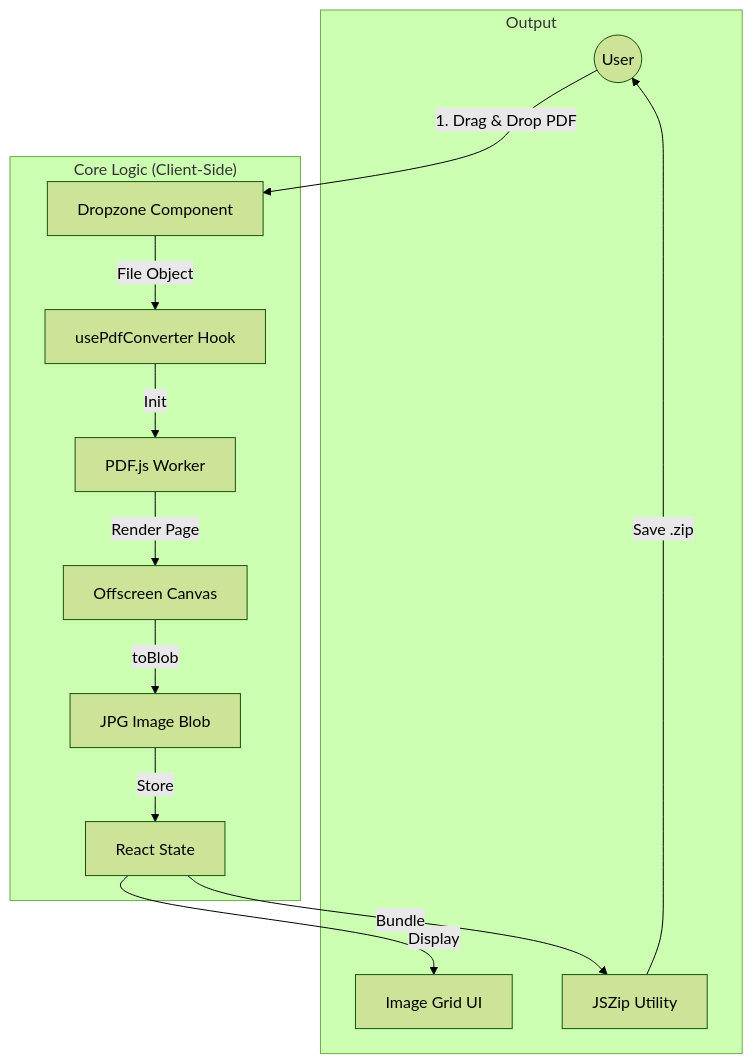
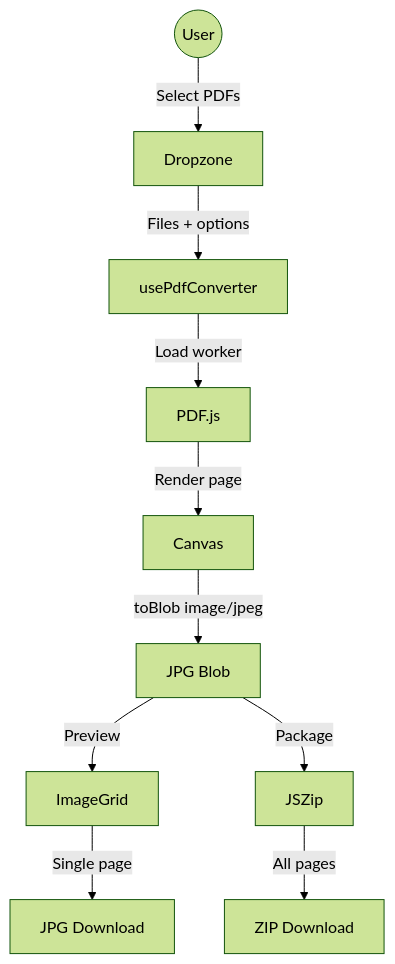
One commit to yapweijun1996/pdf-to-jpg changed the diagram in README.md. Above: the diagram before and after it, drawn with Mermaid (forest theme). The commit also changed other lines of this file and 30 other files, not shown here.

````diff
--- a/README.md
+++ b/README.md
@@ -7,19 +36,12 @@
 ```mermaid
 graph TD
-    User((User)) -->|1. Drag & Drop PDF| Dropzone[Dropzone Component]
-    
-    subgraph "Core Logic (Client-Side)"
-        Dropzone -->|File Object| Hook[usePdfConverter Hook]
-        Hook -->|Init| PDFEngine[PDF.js Worker]
-        
-        PDFEngine -->|Render Page| Canvas[Offscreen Canvas]
-        Canvas -->|toBlob| JPG[JPG Image Blob]
-        JPG -->|Store| State[React State]
-    end
-    
-    subgraph "Output"
-        State -->|Display| Grid[Image Grid UI]
-        State -->|Bundle| Zipper[JSZip Utility]
-        Zipper -->|Save .zip| User
-    end
+    User((User)) -->|Select PDFs| Dropzone[Dropzone]
+    Dropzone -->|Files + options| Converter[usePdfConverter]
+    Converter -->|Load worker| PDFJS[PDF.js]
+    PDFJS -->|Render page| Canvas[Canvas]
+    Canvas -->|toBlob image/jpeg| JPG[JPG Blob]
+    JPG -->|Preview| Grid[ImageGrid]
+    JPG -->|Package| Zip[JSZip]
+    Grid -->|Single page| Download[JPG Download]
+    Zip -->|All pages| ZipDownload[ZIP Download]
 ```
````
